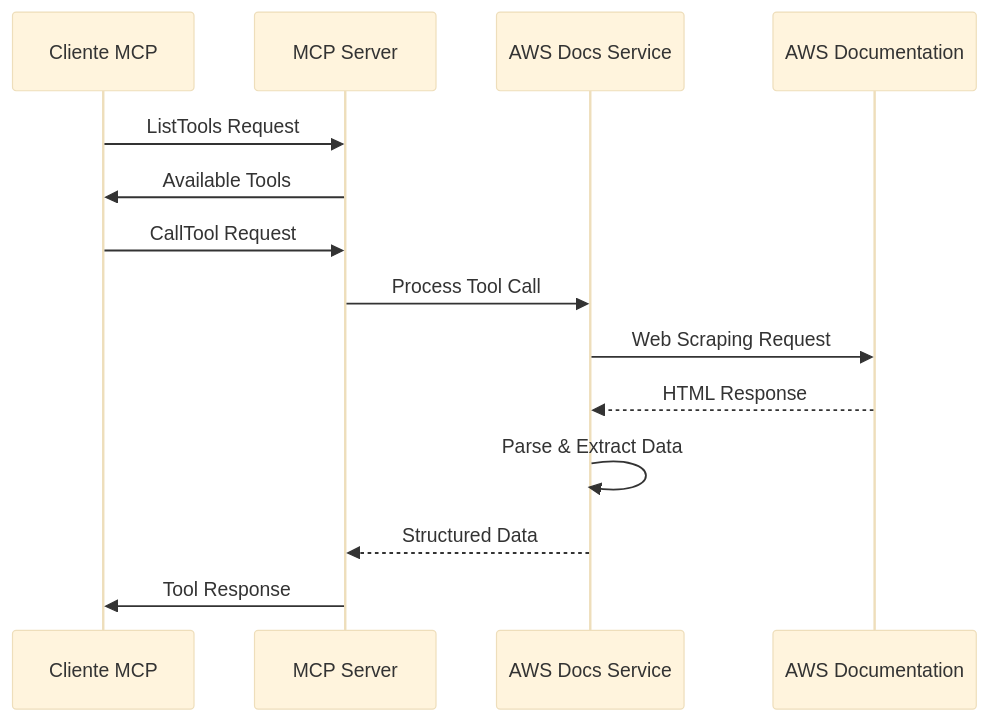
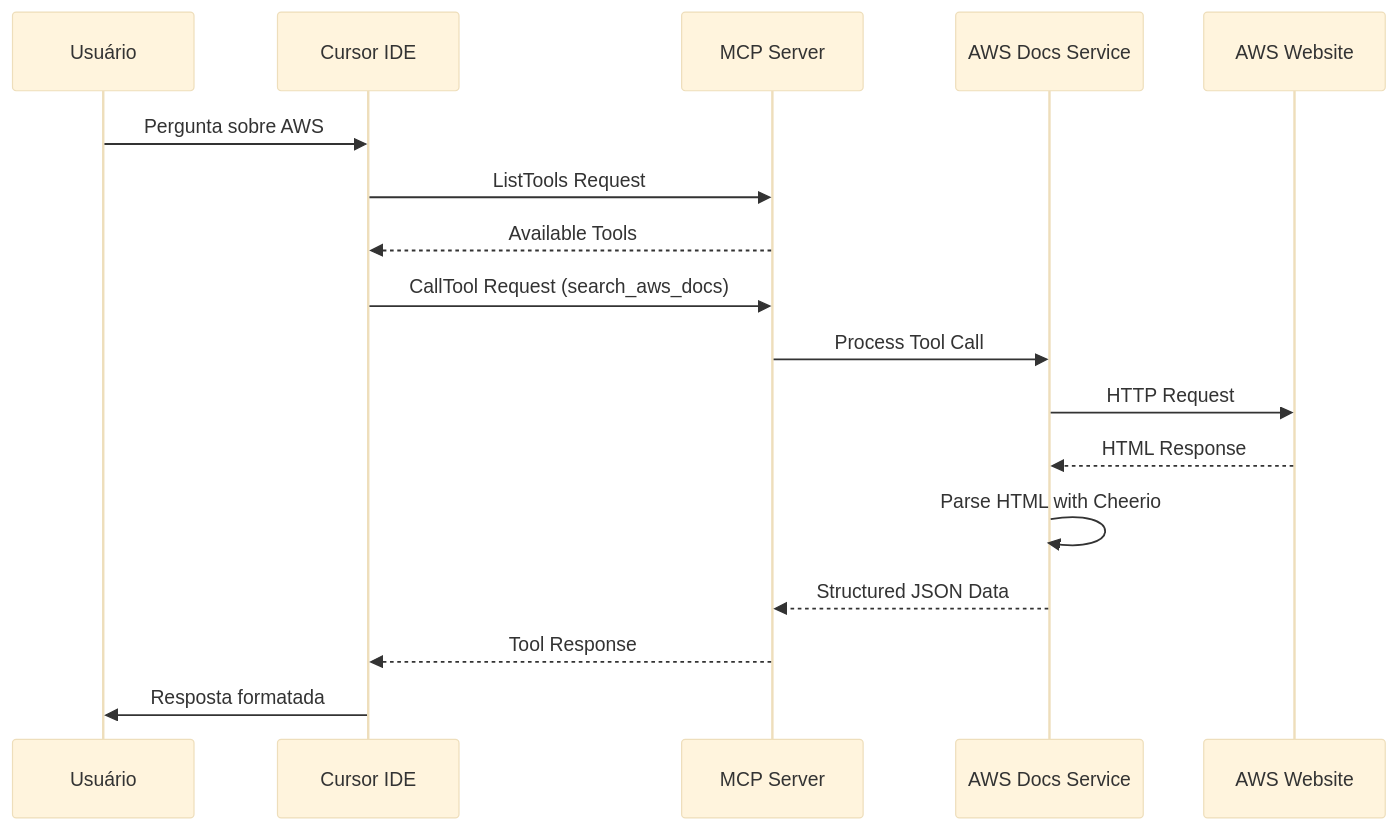
Before and after one commit to ugulinofabiano/mcp_aws_doc: the second of 4 diagrams in mcp_aws_docs/ARCHITECTURE_DIAGRAMS.md, drawn with Mermaid (base theme). The commit also changed other lines of this file and 3 other files, not shown here.

First line of the commit message:
docs: Update and simplify architecture documentation

````diff
--- a/mcp_aws_docs/ARCHITECTURE_DIAGRAMS.md
+++ b/mcp_aws_docs/ARCHITECTURE_DIAGRAMS.md
@@ -44,18 +41,21 @@
 ```mermaid
 sequenceDiagram
-    participant Client as Cliente MCP
-    participant Server as MCP Server
-    participant Service as AWS Docs Service
-    participant AWS as AWS Documentation
+    participant User as Usuário
+    participant Cursor as Cursor IDE
+    participant MCP as MCP Server
+    participant AWS as AWS Docs Service
+    participant Web as AWS Website
     
-    Client->>Server: ListTools Request
-    Server->>Client: Available Tools
+    User->>Cursor: Pergunta sobre AWS
+    Cursor->>MCP: ListTools Request
+    MCP-->>Cursor: Available Tools
     
-    Client->>Server: CallTool Request
-    Server->>Service: Process Tool Call
-    Service->>AWS: Web Scraping Request
-    AWS-->>Service: HTML Response
-    Service->>Service: Parse & Extract Data
-    Service-->>Server: Structured Data
-    Server->>Client: Tool Response
+    Cursor->>MCP: CallTool Request (search_aws_docs)
+    MCP->>AWS: Process Tool Call
+    AWS->>Web: HTTP Request
+    Web-->>AWS: HTML Response
+    AWS->>AWS: Parse HTML with Cheerio
+    AWS-->>MCP: Structured JSON Data
+    MCP-->>Cursor: Tool Response
+    Cursor->>User: Resposta formatada
 ```
````
